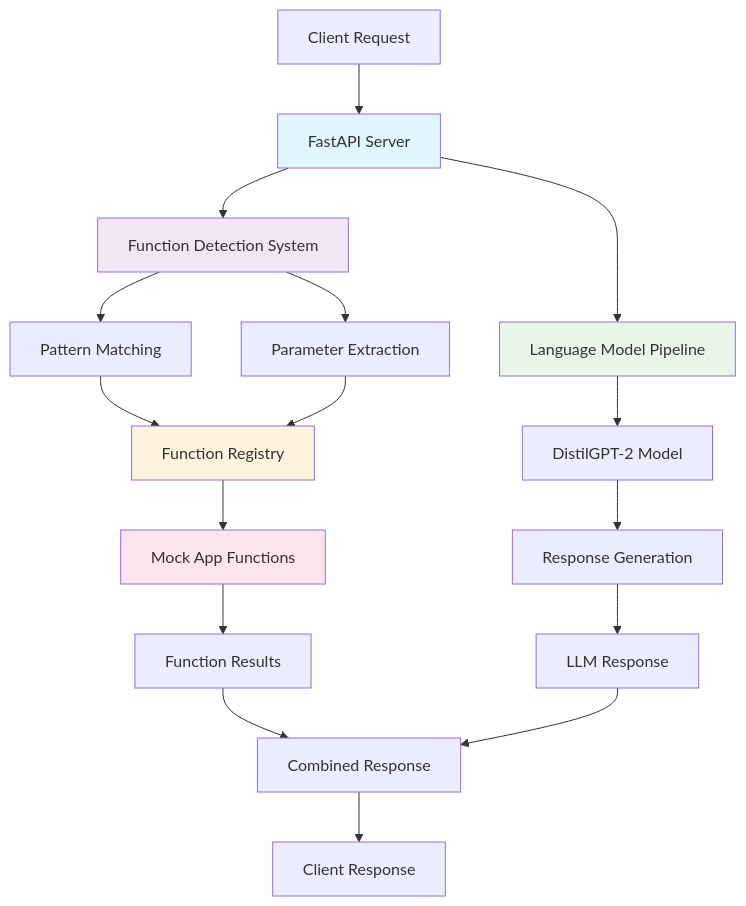
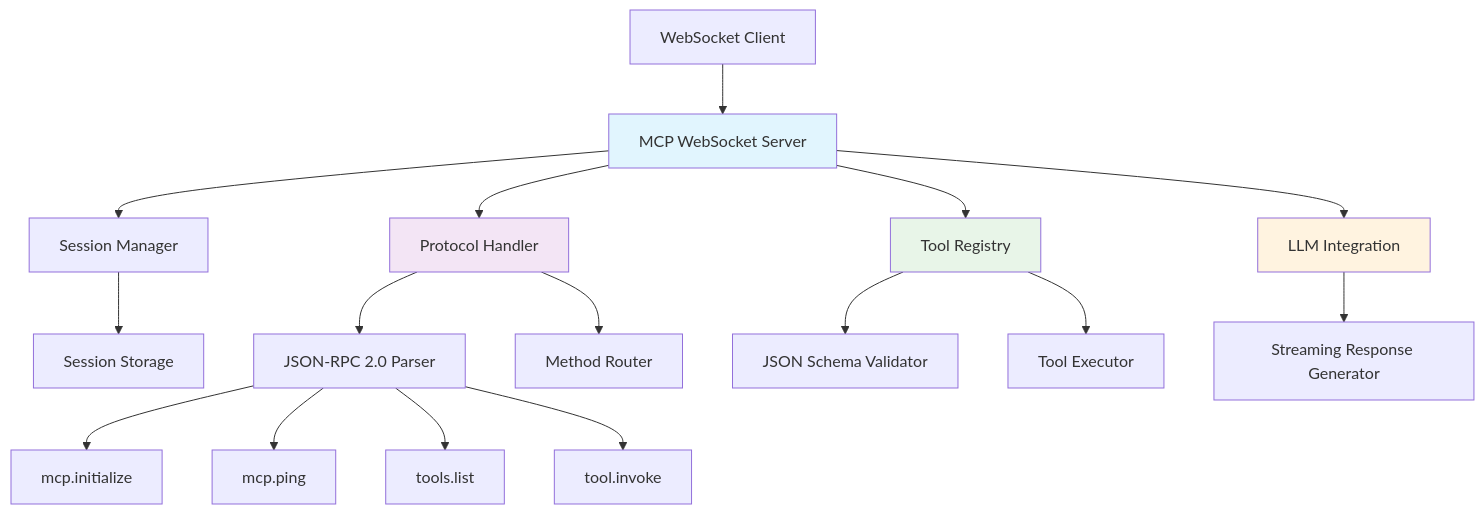
One commit to nobody-qwert/mcp_demo changed the first of 3 diagrams in README.md. Above: the diagram before and after it, drawn with Mermaid. The commit also changed other lines of this file and 10 other files, not shown here.

First line of the commit message:
v2.0.0: Complete refactoring to MCP-compliant WebSocket server

````diff
--- a/README.md
+++ b/README.md
@@ -17,29 +20,25 @@
 ```mermaid
 graph TB
-    A[Client Request] --> B[FastAPI Server]
-    B --> C[Function Detection System]
-    B --> D[Language Model Pipeline]
+    A[WebSocket Client] --> B[MCP WebSocket Server]
+    B --> C[Session Manager]
+    B --> D[Protocol Handler]
+    B --> E[Tool Registry]
+    B --> F[LLM Integration]
     
-    C --> E[Pattern Matching]
-    C --> F[Parameter Extraction]
+    C --> G[Session Storage]
+    D --> H[JSON-RPC 2.0 Parser]
+    D --> I[Method Router]
+    E --> J[JSON Schema Validator]
+    E --> K[Tool Executor]
+    F --> L[Streaming Response Generator]
     
-    E --> G[Function Registry]
-    F --> G
-    G --> H[Mock App Functions]
-    
-    D --> I[DistilGPT-2 Model]
-    I --> J[Response Generation]
-    
-    H --> K[Function Results]
-    J --> L[LLM Response]
-    
-    K --> M[Combined Response]
-    L --> M
-    M --> N[Client Response]
+    H --> M[mcp.initialize]
+    H --> N[mcp.ping]
+    H --> O[tools.list]
+    H --> P[tool.invoke]
     
     style B fill:#e1f5fe
-    style C fill:#f3e5f5
-    style D fill:#e8f5e8
-    style G fill:#fff3e0
-    style H fill:#fce4ec
+    style D fill:#f3e5f5
+    style E fill:#e8f5e8
+    style F fill:#fff3e0
 ```
````
